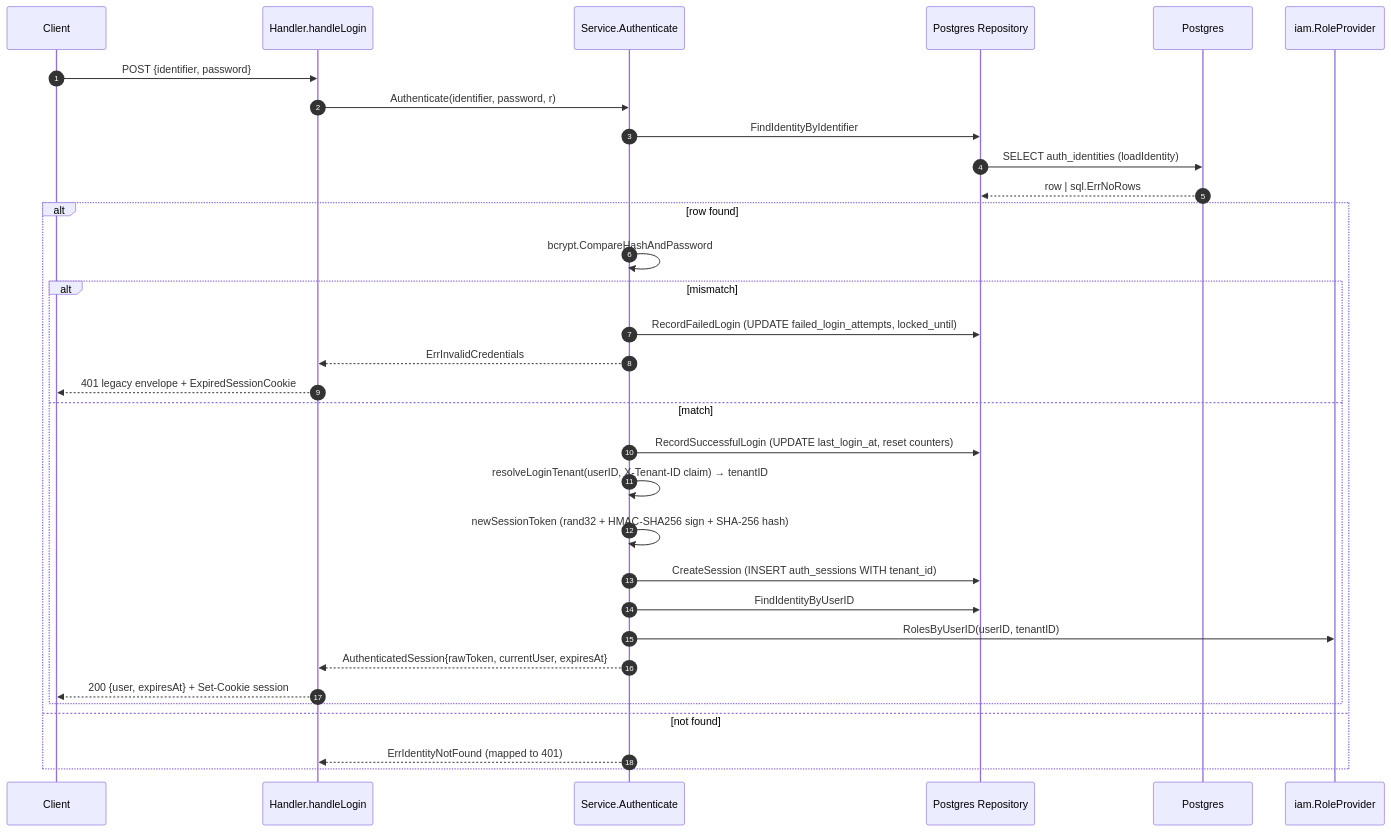
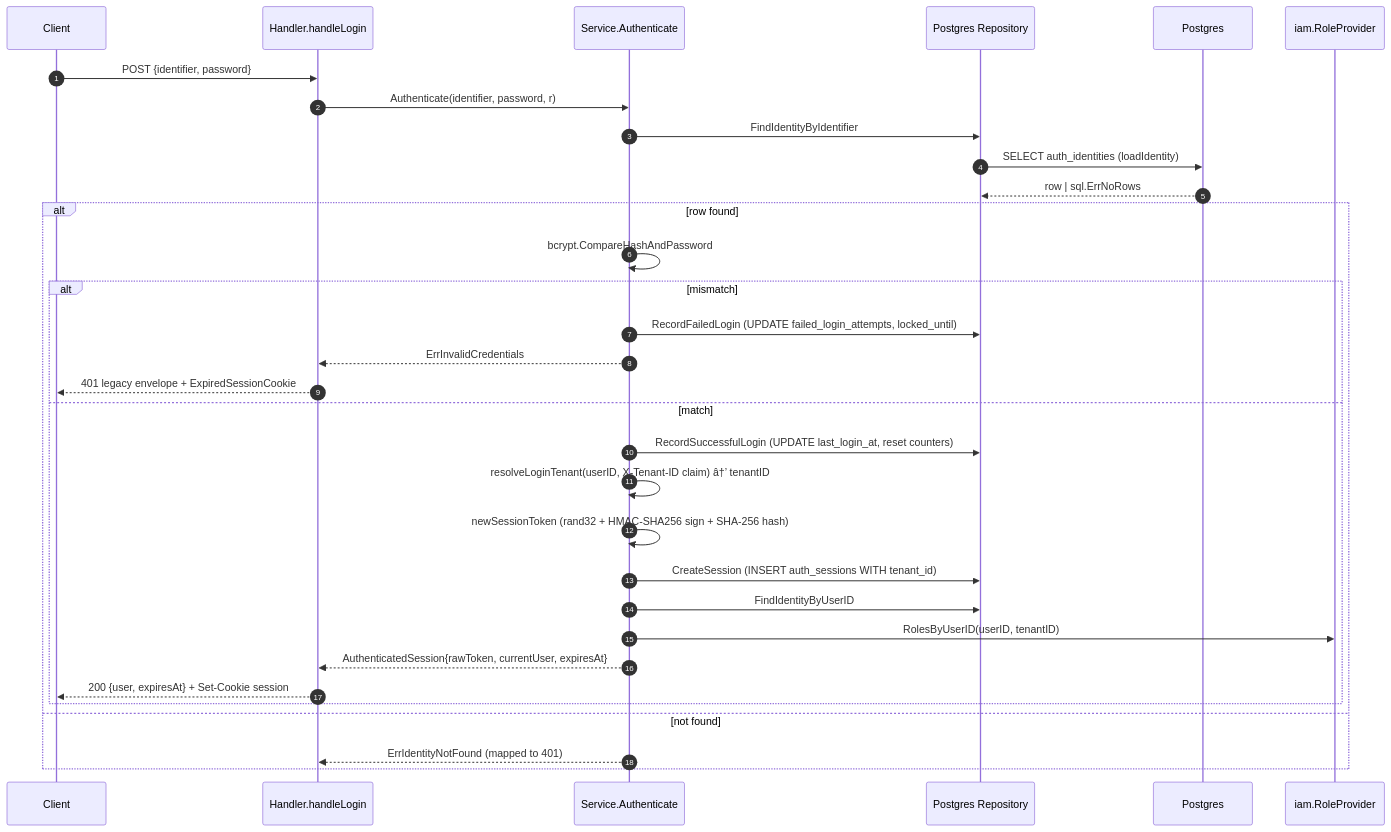
Before and after one commit to developmentconexus-ops/MetalDocs: the third of 5 diagrams in wiki/modules/auth.md, drawn with Mermaid. The commit also changed other lines of this file and 12 other files, not shown here.

````diff
--- a/wiki/modules/auth.md
+++ b/wiki/modules/auth.md
@@ -211,34 +211,34 @@
 ```mermaid
 sequenceDiagram
     autonumber
     participant C as Client
     participant H as Handler.handleLogin
     participant S as Service.Authenticate
     participant R as Postgres Repository
     participant DB as Postgres
     participant IAM as iam.RoleProvider
     C->>H: POST {identifier, password}
     H->>S: Authenticate(identifier, password, r)
     S->>R: FindIdentityByIdentifier
     R->>DB: SELECT auth_identities (loadIdentity)
     DB-->>R: row | sql.ErrNoRows
     alt row found
         S->>S: bcrypt.CompareHashAndPassword
         alt mismatch
             S->>R: RecordFailedLogin (UPDATE failed_login_attempts, locked_until)
             S-->>H: ErrInvalidCredentials
             H-->>C: 401 legacy envelope + ExpiredSessionCookie
         else match
             S->>R: RecordSuccessfulLogin (UPDATE last_login_at, reset counters)
-            S->>S: resolveLoginTenant(userID, X-Tenant-ID claim) → tenantID
+            S->>S: resolveLoginTenant(userID, X-Tenant-ID claim) â†’ tenantID
             S->>S: newSessionToken (rand32 + HMAC-SHA256 sign + SHA-256 hash)
             S->>R: CreateSession (INSERT auth_sessions WITH tenant_id)
             S->>R: FindIdentityByUserID
             S->>IAM: RolesByUserID(userID, tenantID)
             S-->>H: AuthenticatedSession{rawToken, currentUser, expiresAt}
             H-->>C: 200 {user, expiresAt} + Set-Cookie session
         end
     else not found
         S-->>H: ErrIdentityNotFound (mapped to 401)
     end
 ```
````
